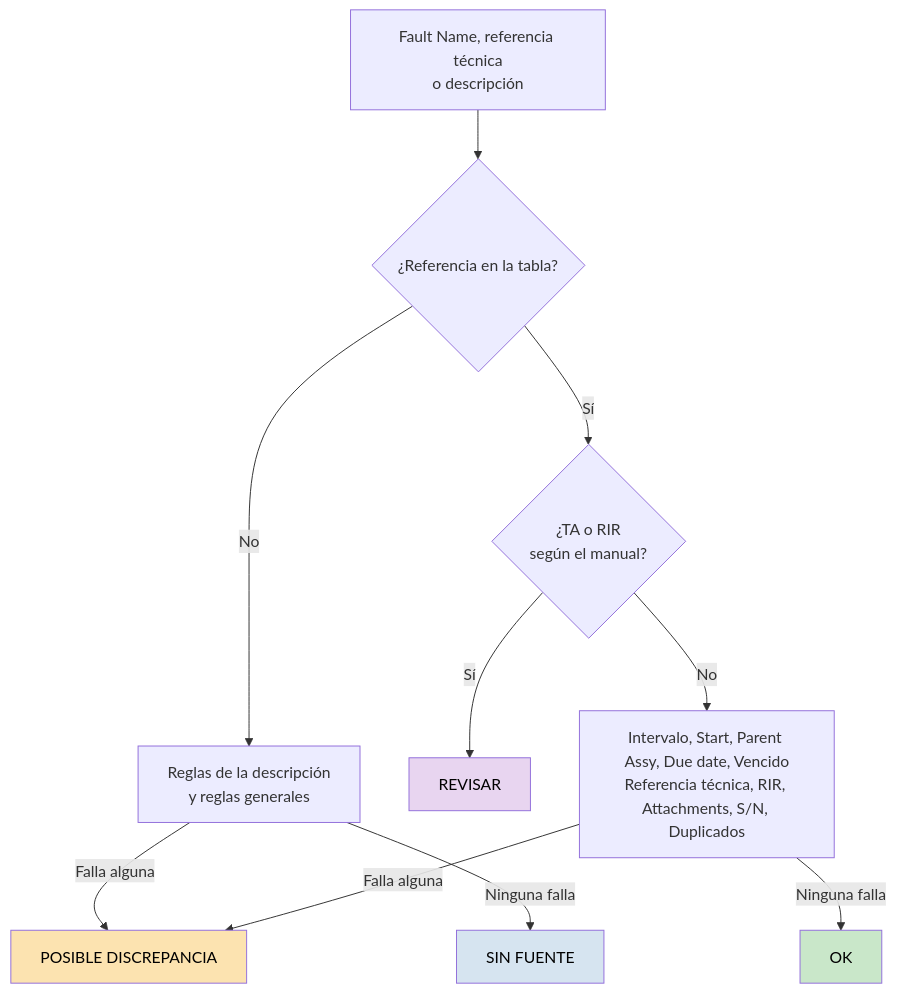
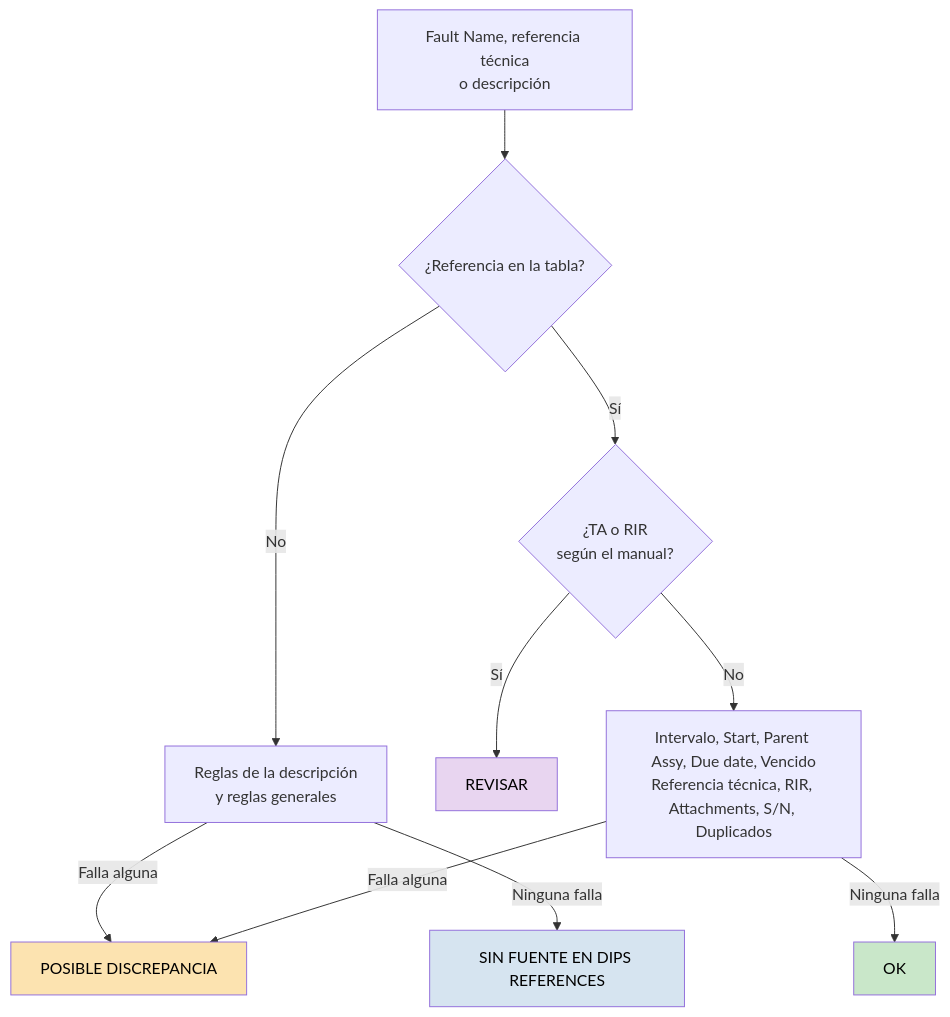
Before and after one commit to lviloriabas/dips: the sixth of 9 diagrams in docs/proceso.md, drawn with Mermaid. The commit also changed other lines of this file and 14 other files, not shown here.

Commit message:
Aclara que la falta de fuente corresponde a DIPs References

````diff
--- a/docs/proceso.md
+++ b/docs/proceso.md
@@ -134,16 +134,16 @@
 ```mermaid
 flowchart TD
     N[Fault Name, referencia técnica<br/>o descripción] --> REF{¿Referencia en la tabla?}
     REF -- No --> SD[Reglas de la descripción<br/>y reglas generales]
     SD -- Falla alguna --> PD
-    SD -- Ninguna falla --> SF[SIN FUENTE]
+    SD -- Ninguna falla --> SF[SIN FUENTE EN DIPS REFERENCES]
     REF -- Sí --> M{¿TA o RIR<br/>según el manual?}
     M -- Sí --> RV[REVISAR]
     M -- No --> V[Intervalo, Start, Parent Assy, Due date, Vencido<br/>Referencia técnica, RIR, Attachments, S/N, Duplicados]
     V -- Falla alguna --> PD[POSIBLE DISCREPANCIA]
     V -- Ninguna falla --> OK[OK]
     style PD fill:#FCE3B0,color:#000
     style RV fill:#E8D5F0,color:#000
     style SF fill:#D6E4F0,color:#000
     style OK fill:#C9E7C9,color:#000
 ```
````
